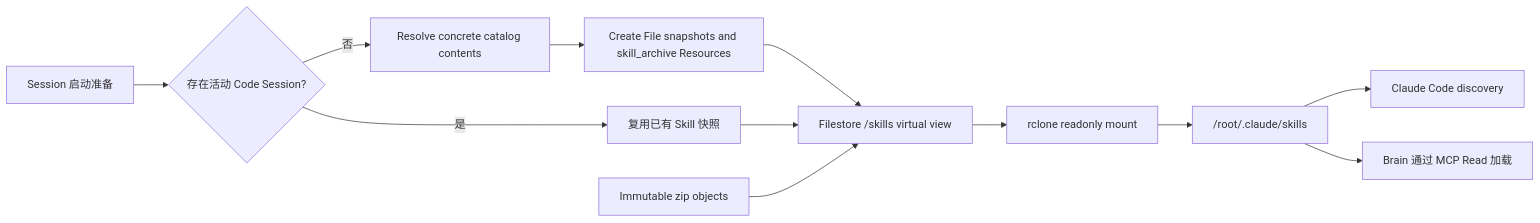
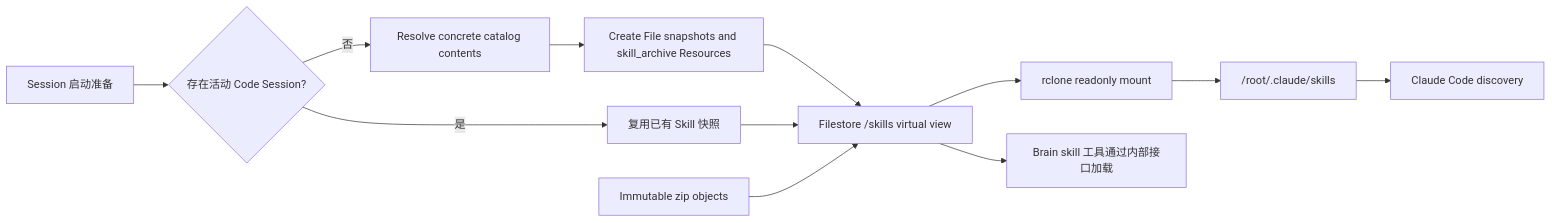
Before and after one commit to superduck-ai/open-managed-agents: the diagram in docs/design/be/managed-agent-skills-runtime.md, drawn with Mermaid. The commit also changed other lines of this file and 31 other files, not shown here.

Commit message:
feat(brain): align skill loading with DSH skill tools

````diff
--- a/docs/design/be/managed-agent-skills-runtime.md
+++ b/docs/design/be/managed-agent-skills-runtime.md
@@ -51,14 +51,14 @@
 ```mermaid
 flowchart LR
     A["Session 启动准备"] --> Check{"存在活动 Code Session?"}
     Check -->|否| B["Resolve concrete catalog contents"]
     Check -->|是| Reuse["复用已有 Skill 快照"]
     B --> C["Create File snapshots and skill_archive Resources"]
     C --> D["Filestore /skills virtual view"]
     Reuse --> D
     E["Immutable zip objects"] --> D
     D --> F["rclone readonly mount"]
     F --> G["/root/.claude/skills"]
     G --> H["Claude Code discovery"]
-    G --> I["Brain 通过 MCP Read 加载"]
+    D --> I["Brain skill 工具通过内部接口加载"]
 ```
````
